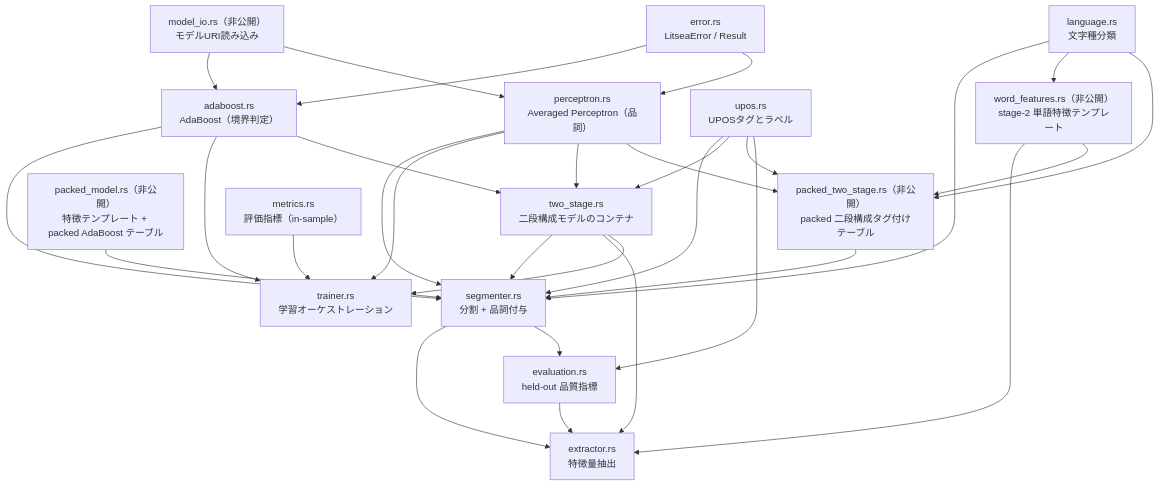
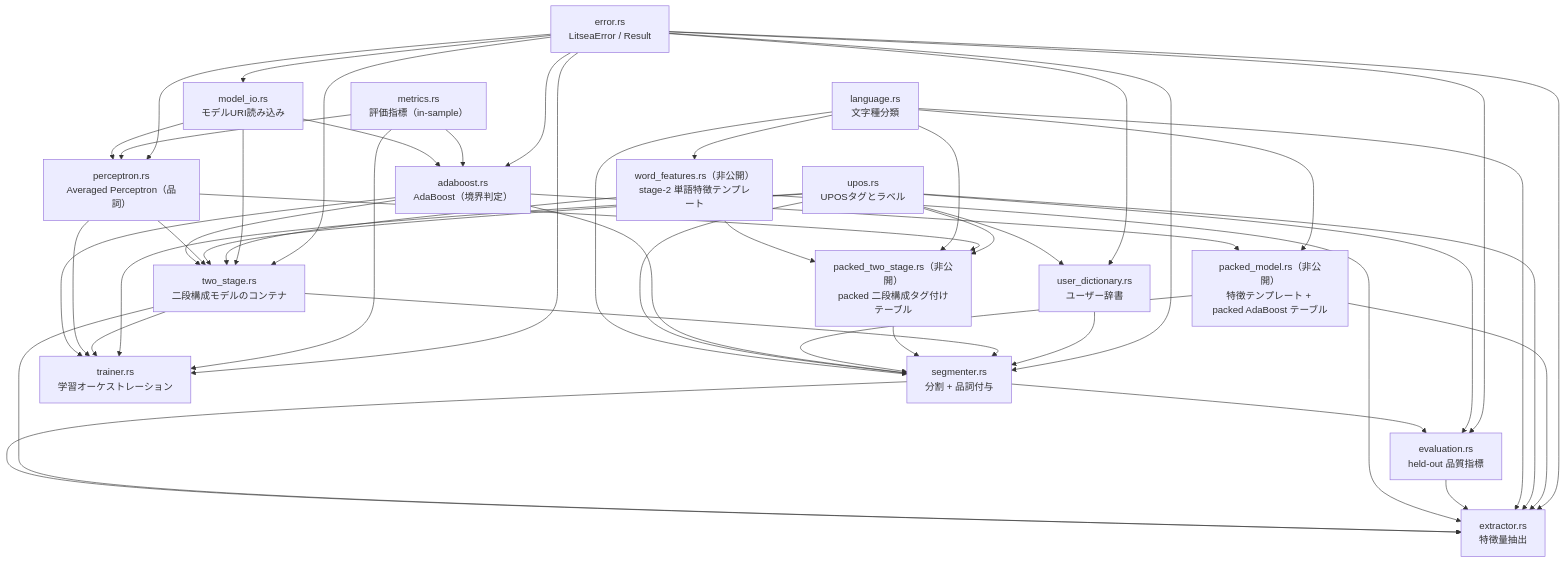
The diagram in docs/ja/src/architecture/module-design.md (mosuka/litsea), drawn with Mermaid before and after one commit. The commit also changed other lines of this file and 85 other files, not shown here.

````diff
--- a/docs/ja/src/architecture/module-design.md
+++ b/docs/ja/src/architecture/module-design.md
@@ -7,48 +9,67 @@
 ```mermaid
 graph TD
     language["language.rs<br/>文字種分類"]
     segmenter["segmenter.rs<br/>分割 + 品詞付与"]
     adaboost["adaboost.rs<br/>AdaBoost（境界判定）"]
     perceptron["perceptron.rs<br/>Averaged Perceptron（品詞）"]
     upos["upos.rs<br/>UPOSタグとラベル"]
     extractor["extractor.rs<br/>特徴量抽出"]
     trainer["trainer.rs<br/>学習オーケストレーション"]
     two_stage["two_stage.rs<br/>二段構成モデルのコンテナ"]
+    user_dictionary["user_dictionary.rs<br/>ユーザー辞書"]
     word_features["word_features.rs（非公開）<br/>stage-2 単語特徴テンプレート"]
     packed_model["packed_model.rs（非公開）<br/>特徴テンプレート + packed AdaBoost テーブル"]
     packed_two_stage["packed_two_stage.rs（非公開）<br/>packed 二段構成タグ付けテーブル"]
-    model_io["model_io.rs（非公開）<br/>モデルURI読み込み"]
+    model_io["model_io.rs<br/>モデルURI読み込み"]
     error["error.rs<br/>LitseaError / Result"]
     metrics["metrics.rs<br/>評価指標（in-sample）"]
     evaluation["evaluation.rs<br/>held-out 品質指標"]
 
     language --> segmenter
     upos --> segmenter
     adaboost --> segmenter
-    perceptron --> segmenter
     packed_model --> segmenter
     packed_two_stage --> segmenter
     two_stage --> segmenter
+    user_dictionary --> segmenter
     segmenter --> extractor
     two_stage --> extractor
     word_features --> extractor
     evaluation --> extractor
+    language --> extractor
+    upos --> extractor
+    packed_model --> extractor
     adaboost --> trainer
     perceptron --> trainer
     two_stage --> trainer
+    upos --> trainer
     adaboost --> two_stage
     perceptron --> two_stage
     upos --> two_stage
+    word_features --> two_stage
+    model_io --> two_stage
     language --> word_features
     word_features --> packed_two_stage
     language --> packed_two_stage
     perceptron --> packed_two_stage
     upos --> packed_two_stage
+    adaboost --> packed_model
+    language --> packed_model
+    upos --> user_dictionary
     model_io --> adaboost
     model_io --> perceptron
-    error --> adaboost
-    error --> perceptron
+    metrics --> adaboost
+    metrics --> perceptron
     metrics --> trainer
     segmenter --> evaluation
     upos --> evaluation
+    error --> adaboost
+    error --> perceptron
+    error --> segmenter
+    error --> extractor
+    error --> evaluation
+    error --> trainer
+    error --> two_stage
+    error --> model_io
+    error --> user_dictionary
 ```
````
